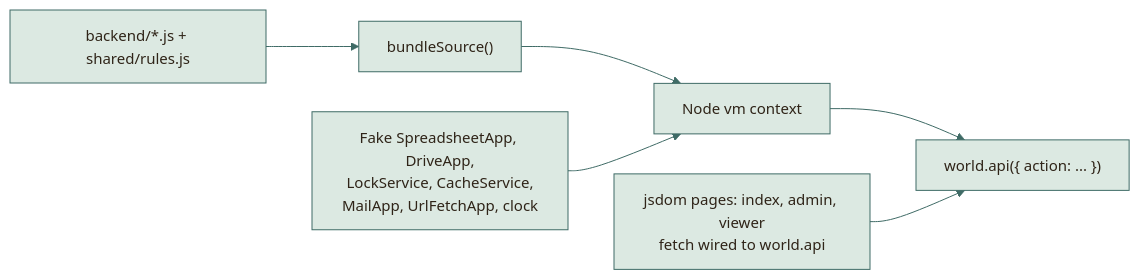
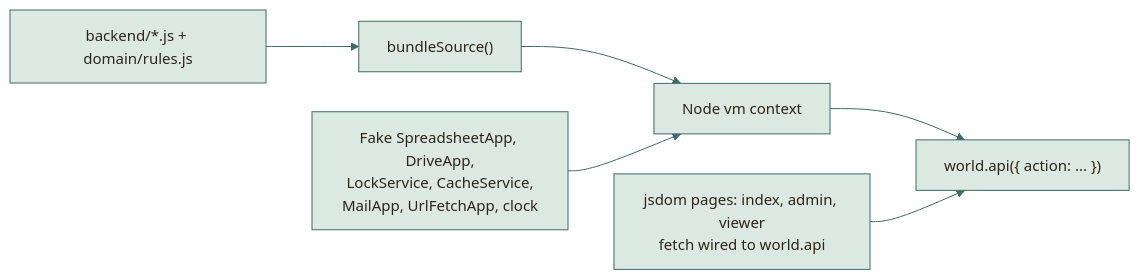
One commit to moyeh04/forms-platform changed the sixth of 9 diagrams in docs/architecture/WORKAROUNDS.md. Above: the diagram before and after it, drawn with Mermaid. The commit also changed other lines of this file and 69 other files, not shown here.

````diff
--- a/docs/architecture/WORKAROUNDS.md
+++ b/docs/architecture/WORKAROUNDS.md
@@ -391,36 +391,36 @@
 ```mermaid
 %%{init: {
   'theme': 'base',
   'themeVariables': {
     'fontFamily': 'ui-sans-serif, system-ui, -apple-system, Segoe UI, Roboto, sans-serif',
     'fontSize': '15px',
     'primaryColor': '#DCE9E2', 'primaryBorderColor': '#3F6B66', 'primaryTextColor': '#2F2418',
     'secondaryColor': '#F0E4C8', 'secondaryBorderColor': '#C9A24A', 'secondaryTextColor': '#2F2418',
     'tertiaryColor': '#F6EFDC', 'tertiaryBorderColor': '#CDBB94', 'tertiaryTextColor': '#2F2418',
     'lineColor': '#3F6B66', 'textColor': '#2F2418', 'mainBkg': '#DCE9E2', 'nodeBorder': '#3F6B66',
     'clusterBkg': '#F6EFDC', 'clusterBorder': '#CDBB94', 'titleColor': '#2F2418',
     'edgeLabelBackground': '#F8F1DD',
     'actorBkg': '#DCE9E2', 'actorBorder': '#3F6B66', 'actorTextColor': '#2F2418', 'actorLineColor': '#8FB3AB',
     'signalColor': '#477A73', 'signalTextColor': '#477A73',
     'labelBoxBkgColor': '#F0E4C8', 'labelBoxBorderColor': '#C9A24A', 'labelTextColor': '#2F2418', 'loopTextColor': '#6A5A44',
     'noteBkgColor': '#FBEFC9', 'noteBorderColor': '#C9A24A', 'noteTextColor': '#2F2418',
     'activationBkgColor': '#DCE9E2', 'activationBorderColor': '#3F6B66', 'sequenceNumberColor': '#F8F1DD',
     'transitionColor': '#3F6B66', 'stateLabelColor': '#2F2418', 'stateBkg': '#DCE9E2', 'altBackground': '#F6EFDC',
     'attributeBackgroundColorOdd': '#F8F1DD', 'attributeBackgroundColorEven': '#F0E4C8'
   },
   'flowchart': {'curve': 'basis', 'padding': 14, 'nodeSpacing': 40, 'rankSpacing': 46},
   'sequence': {'mirrorActors': false, 'messageMargin': 34, 'boxMargin': 8}
 }}%%
 flowchart LR
-    src["backend/*.js + shared/rules.js"] --> bundle["bundleSource()"]
+    src["backend/*.js + domain/rules.js"] --> bundle["bundleSource()"]
     bundle --> vm["Node vm context"]
     mocks["Fake SpreadsheetApp, DriveApp,<br/>LockService, CacheService,<br/>MailApp, UrlFetchApp, clock"] --> vm
     vm --> world["world.api({ action: ... })"]
     jsdom["jsdom pages: index, admin, viewer<br/>fetch wired to world.api"] --> world
     classDef cDb fill:#F3E2B3,stroke:#B8892D,stroke-width:1.5px,color:#2F2418
     classDef cActor fill:#F4D9D3,stroke:#9A3328,stroke-width:1.5px,color:#2F2418
     classDef cDec fill:#FBEFC9,stroke:#C9A24A,stroke-width:1.5px,color:#2F2418
     classDef cEnd fill:#2F2418,stroke:#2F2418,color:#F8F1DD
     classDef cErr fill:#F6D5CF,stroke:#A12B1F,stroke-width:1.5px,color:#5A140C
     classDef cOk fill:#BFD9CF,stroke:#2E5A55,stroke-width:1.5px,color:#17302D
 ```
````
